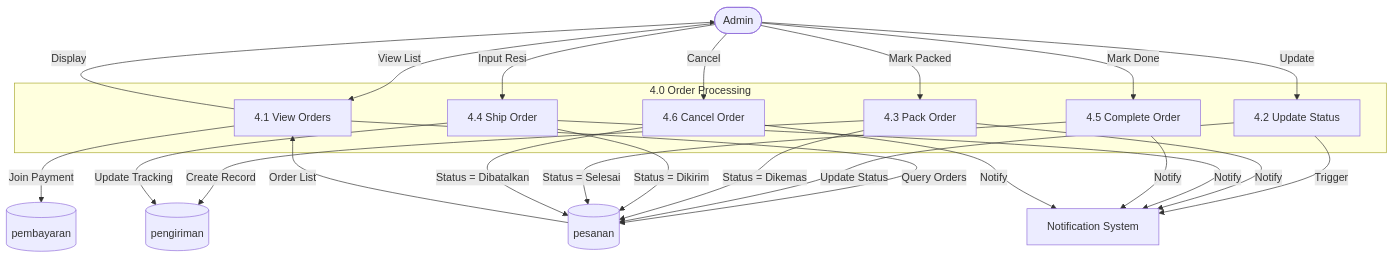
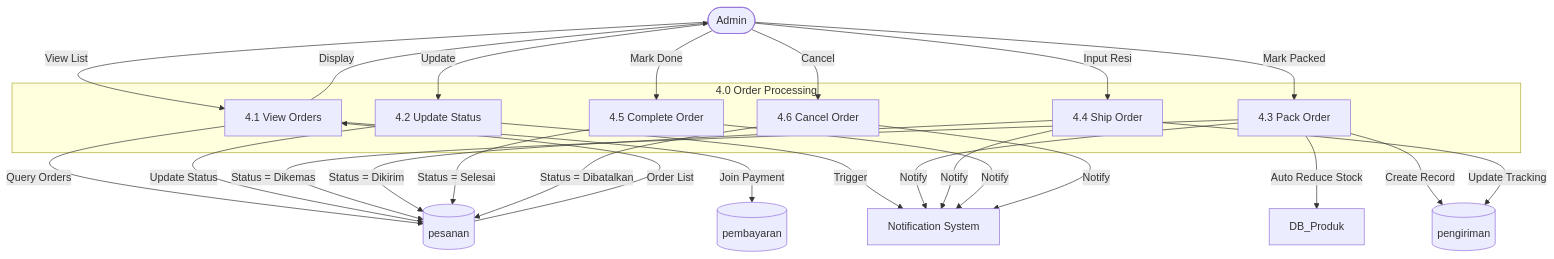
One commit to Ali14715/Athleon changed the sixth of 9 diagrams in docs/DATA_FLOW_DIAGRAM.md. Above: the diagram before and after it, drawn with Mermaid. The commit also changed other lines of this file and 5 other files, not shown here.

````diff
--- a/docs/DATA_FLOW_DIAGRAM.md
+++ b/docs/DATA_FLOW_DIAGRAM.md
@@ -218,46 +234,47 @@
 ```mermaid
 flowchart TB
     Admin([Admin])
     
     subgraph OrderProcess ["4.0 Order Processing"]
         P4.1[4.1 View Orders]
         P4.2[4.2 Update Status]
         P4.3[4.3 Pack Order]
         P4.4[4.4 Ship Order]
         P4.5[4.5 Complete Order]
         P4.6[4.6 Cancel Order]
     end
     
     DB_Pesanan[(pesanan)]
     DB_Pembayaran[(pembayaran)]
     DB_Pengiriman[(pengiriman)]
     NotifSystem[Notification System]
     
     Admin -->|View List| P4.1
     P4.1 -->|Query Orders| DB_Pesanan
     P4.1 -->|Join Payment| DB_Pembayaran
     DB_Pesanan -->|Order List| P4.1
     P4.1 -->|Display| Admin
     
     Admin -->|Update| P4.2
     P4.2 -->|Update Status| DB_Pesanan
     P4.2 -->|Trigger| NotifSystem
     
     Admin -->|Mark Packed| P4.3
     P4.3 -->|Status = Dikemas| DB_Pesanan
+    P4.3 -->|Auto Reduce Stock| DB_Produk
     P4.3 -->|Create Record| DB_Pengiriman
     P4.3 -->|Notify| NotifSystem
     
     Admin -->|Input Resi| P4.4
     P4.4 -->|Status = Dikirim| DB_Pesanan
     P4.4 -->|Update Tracking| DB_Pengiriman
     P4.4 -->|Notify| NotifSystem
     
     Admin -->|Mark Done| P4.5
     P4.5 -->|Status = Selesai| DB_Pesanan
     P4.5 -->|Notify| NotifSystem
     
     Admin -->|Cancel| P4.6
     P4.6 -->|Status = Dibatalkan| DB_Pesanan
     P4.6 -->|Notify| NotifSystem
 ```
````
